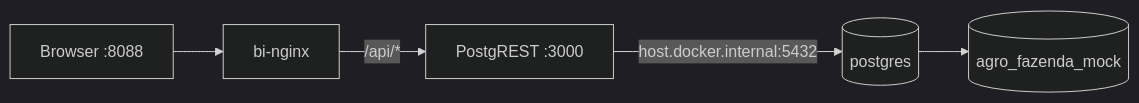
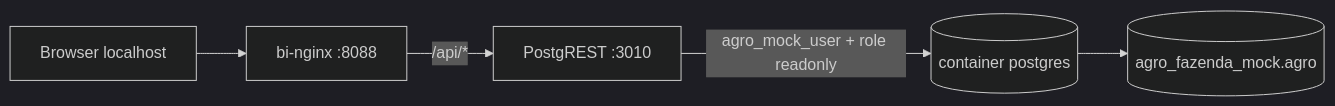
The diagram in docs/deploy-bi-vps.md (hsavios/bi-fazenda-mock), drawn with Mermaid (dark theme) before and after one commit. The commit also changed other lines of this file and 8 other files, not shown here.

First line of the commit message:
Ajusta deploy BI para VPS com porta 3000 ocupada e API readonly segura.

````diff
--- a/docs/deploy-bi-vps.md
+++ b/docs/deploy-bi-vps.md
@@ -59,7 +71,7 @@
 ```mermaid
 flowchart LR
-    Browser[Browser :8088] --> nginx[bi-nginx]
-    nginx -->|/api/*| postgrest[PostgREST :3000]
-    postgrest -->|host.docker.internal:5432| postgres[(postgres)]
-    postgres --> db[(agro_fazenda_mock)]
+    Browser[Browser localhost] --> nginx[bi-nginx :8088]
+    nginx -->|/api/*| postgrest[PostgREST :3010]
+    postgrest -->|agro_mock_user + role readonly| postgres[(container postgres)]
+    postgres --> db[(agro_fazenda_mock.agro)]
 ```
````
